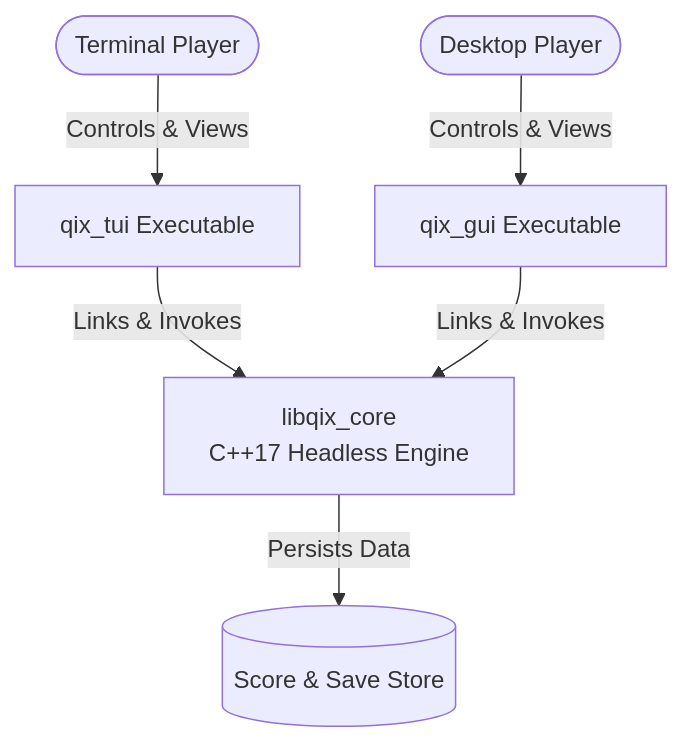
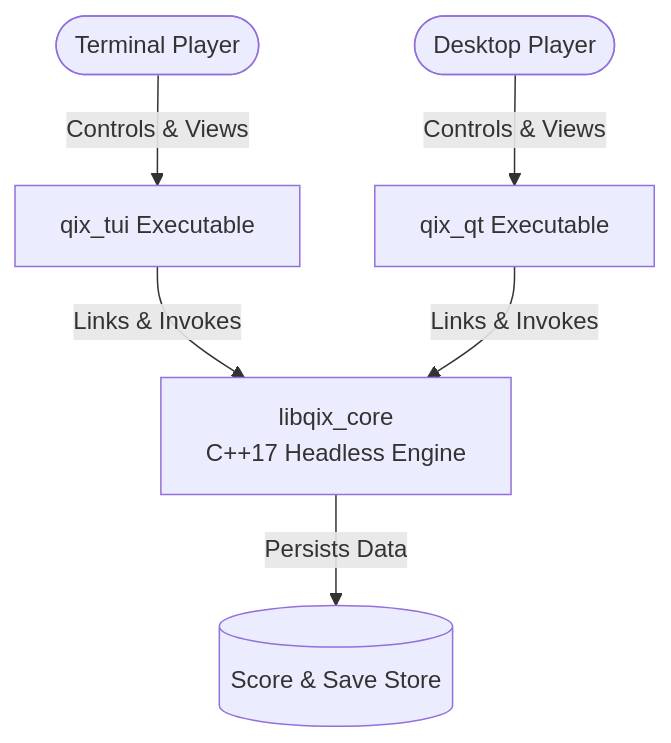
One commit to svagionitis/Qix changed the first of 5 diagrams in docs/architecture.md. Above: the diagram before and after it, drawn with Mermaid. The commit also changed other lines of this file and 11 other files, not shown here.

````diff
--- a/docs/architecture.md
+++ b/docs/architecture.md
@@ -45,10 +45,10 @@
 ```mermaid
 graph TD
     UserTUI([Terminal Player]) -->|Controls & Views| TUI[qix_tui Executable]
-    UserGUI([Desktop Player]) -->|Controls & Views| GUI[qix_gui Executable]
+    UserGUI([Desktop Player]) -->|Controls & Views| GUI[qix_qt Executable]
 
     TUI -->|Links & Invokes| Core[libqix_core<br/>C++17 Headless Engine]
     GUI -->|Links & Invokes| Core
 
     Core -->|Persists Data| Storage[(Score & Save Store)]
 ```
````
